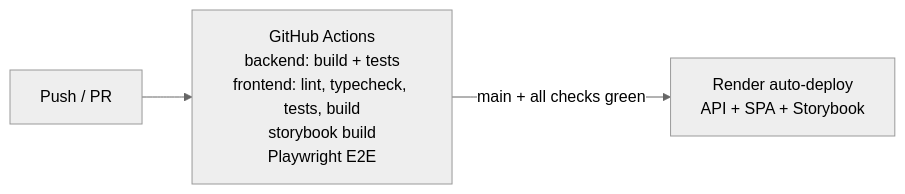
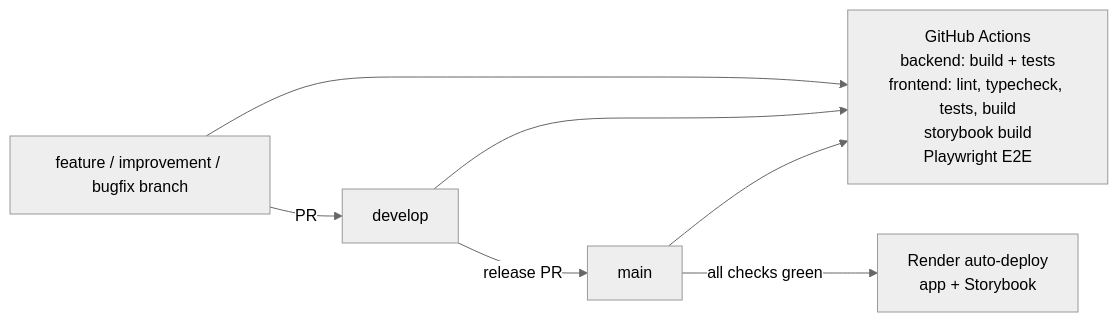
The third of 3 diagrams in docs/ARCHITECTURE.md (yuliaBiriukova/PupBudgetPlanner), drawn with Mermaid (neutral theme) before and after one commit. The commit also changed other lines of this file and 38 other files, not shown here.

````diff
--- a/docs/ARCHITECTURE.md
+++ b/docs/ARCHITECTURE.md
@@ -144,5 +156,7 @@
 ```mermaid
 flowchart LR
-    P[Push / PR] --> CI["GitHub Actions<br/>backend: build + tests<br/>frontend: lint, typecheck, tests, build<br/>storybook build<br/>Playwright E2E"]
-    CI -->|"main + all checks green"| R[Render auto-deploy<br/>API + SPA + Storybook]
+    F["feature / improvement / bugfix branch"] -->|PR| D[develop]
+    D -->|release PR| M[main]
+    F & D & M --> CI["GitHub Actions<br/>backend: build + tests<br/>frontend: lint, typecheck, tests, build<br/>storybook build<br/>Playwright E2E"]
+    M -->|"all checks green"| R["Render auto-deploy<br/>app + Storybook"]
 ```
````
